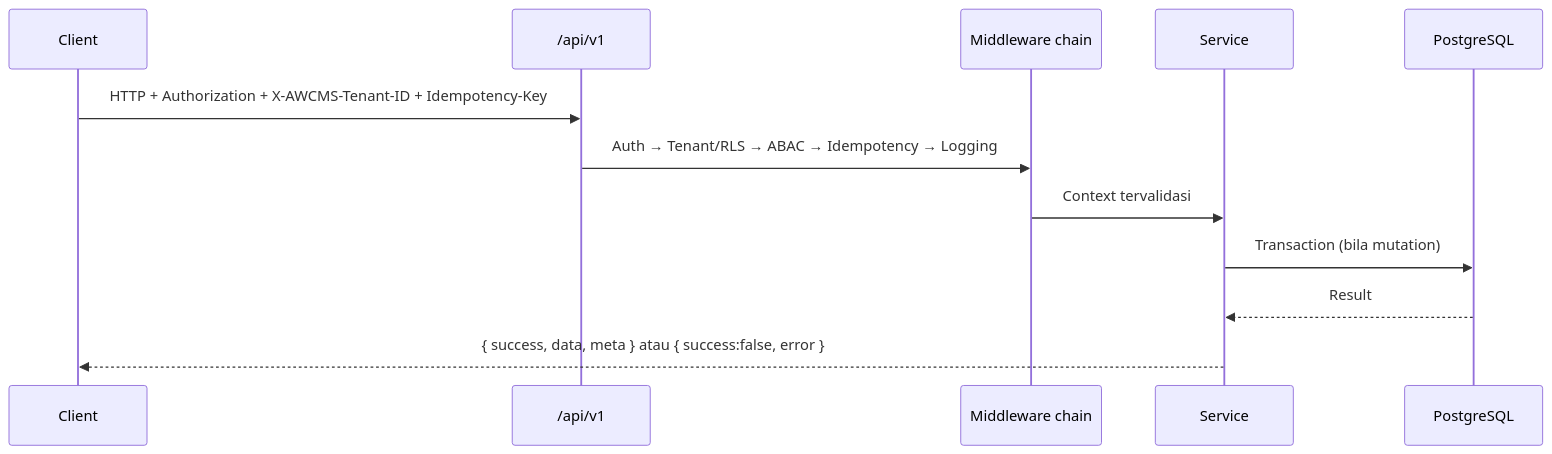
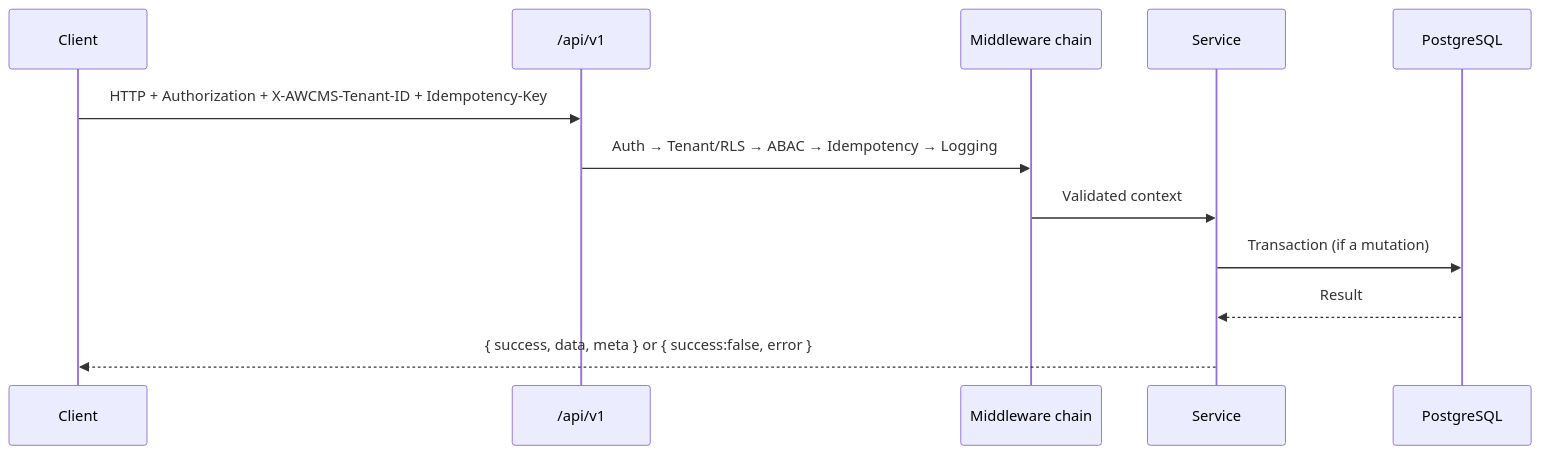
One commit to ahliweb/awcms changed the first of 2 diagrams in docs/awcms/05_openapi_asyncapi_detail.md. Above: the diagram before and after it, drawn with Mermaid. The commit also changed other lines of this file and 603 other files, not shown here.

````diff
--- a/docs/awcms/05_openapi_asyncapi_detail.md
+++ b/docs/awcms/05_openapi_asyncapi_detail.md
@@ -284,14 +286,14 @@
 ```mermaid
 sequenceDiagram
   participant C as Client
   participant API as /api/v1
   participant MW as Middleware chain
   participant SVC as Service
   participant DB as PostgreSQL
   C->>API: HTTP + Authorization + X-AWCMS-Tenant-ID + Idempotency-Key
   API->>MW: Auth → Tenant/RLS → ABAC → Idempotency → Logging
-  MW->>SVC: Context tervalidasi
-  SVC->>DB: Transaction (bila mutation)
+  MW->>SVC: Validated context
+  SVC->>DB: Transaction (if a mutation)
   DB-->>SVC: Result
-  SVC-->>C: { success, data, meta } atau { success:false, error }
+  SVC-->>C: { success, data, meta } or { success:false, error }
 ```
````
